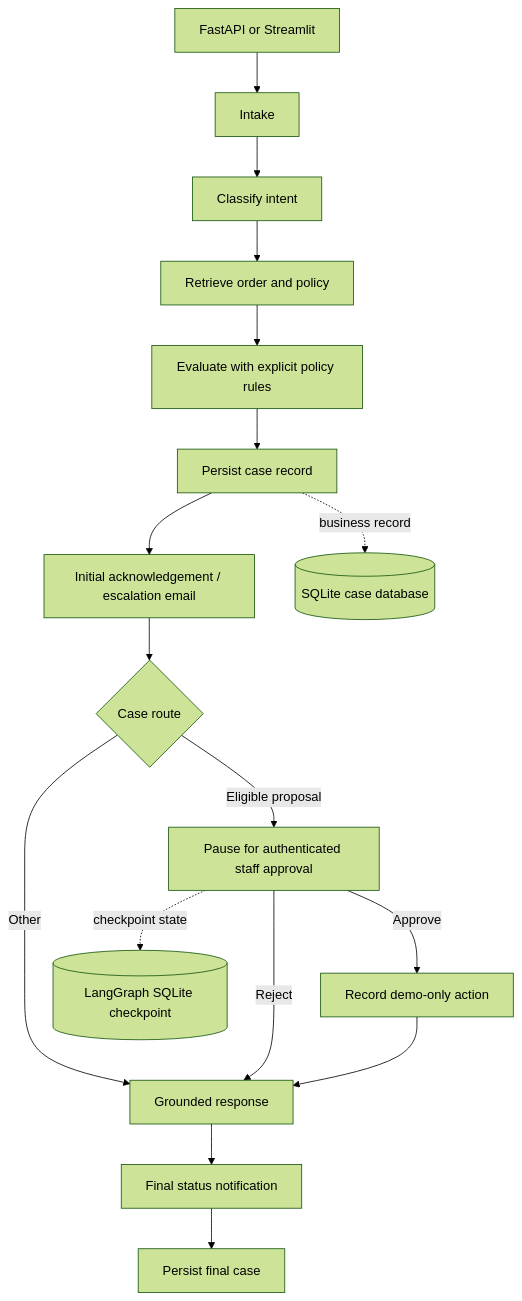
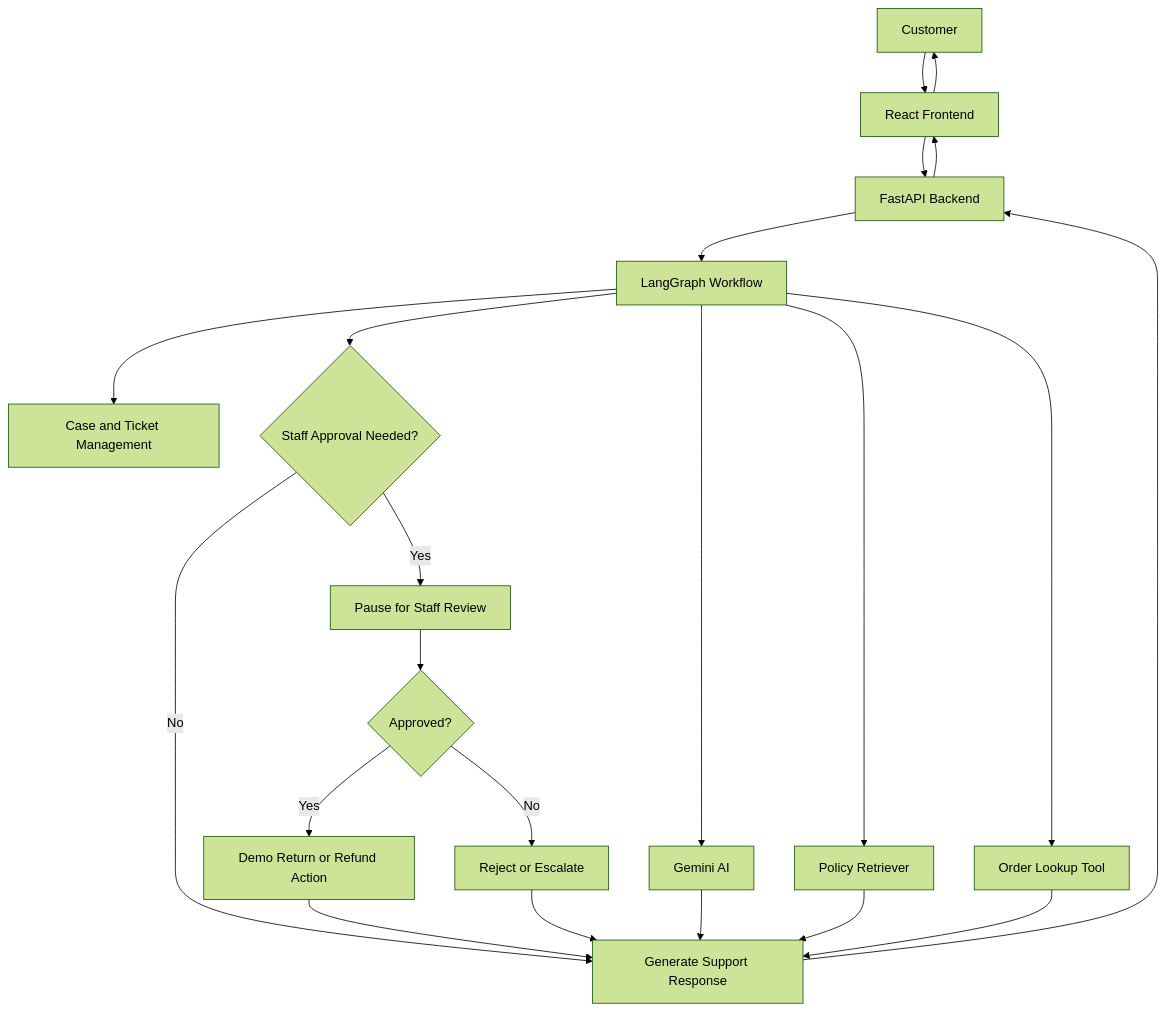
One commit to aditi431/Customer-Support-Agent changed the first of 2 diagrams in README.md. Above: the diagram before and after it, drawn with Mermaid (forest theme). The commit also changed other lines of this file, not shown here.

````diff
--- a/README.md
+++ b/README.md
@@ -11,19 +19,29 @@
 ```mermaid
 flowchart TD
-    API[FastAPI or Streamlit] --> IN[Intake]
-    IN --> CL[Classify intent]
-    CL --> CTX[Retrieve order and policy]
-    CTX --> EV[Evaluate with explicit policy rules]
-    EV --> SAVE[Persist case record]
-    SAVE --> MAIL[Initial acknowledgement / escalation email]
-    MAIL --> ROUTE{Case route}
-    ROUTE -->|Eligible proposal| HITL[Pause for authenticated staff approval]
-    ROUTE -->|Other| RESP[Grounded response]
-    HITL -->|Approve| SIM[Record demo-only action]
-    HITL -->|Reject| RESP
-    SIM --> RESP
-    RESP --> UPDATE[Final status notification]
-    UPDATE --> DONE[Persist final case]
-    HITL -. checkpoint state .-> CP[(LangGraph SQLite checkpoint)]
-    SAVE -. business record .-> DB[(SQLite case database)]
+    A[Customer] --> B[React Frontend]
+    B --> C[FastAPI Backend]
+    C --> D[LangGraph Workflow]
+
+    D --> E[Gemini AI]
+    D --> F[Policy Retriever]
+    D --> G[Order Lookup Tool]
+    D --> H[Case and Ticket Management]
+
+    D --> I{Staff Approval Needed?}
+    I -->|Yes| J[Pause for Staff Review]
+    J --> K{Approved?}
+    K -->|Yes| L[Demo Return or Refund Action]
+    K -->|No| M[Reject or Escalate]
+
+    I -->|No| N[Generate Support Response]
+
+    L --> N
+    M --> N
+    E --> N
+    F --> N
+    G --> N
+
+    N --> C
+    C --> B
+    B --> A
 ```
````
